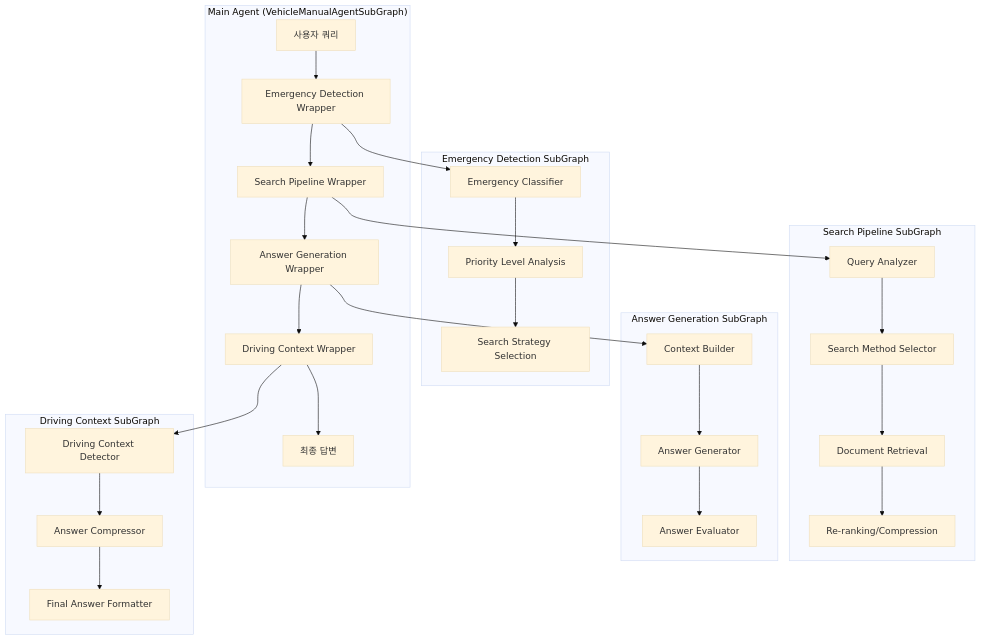
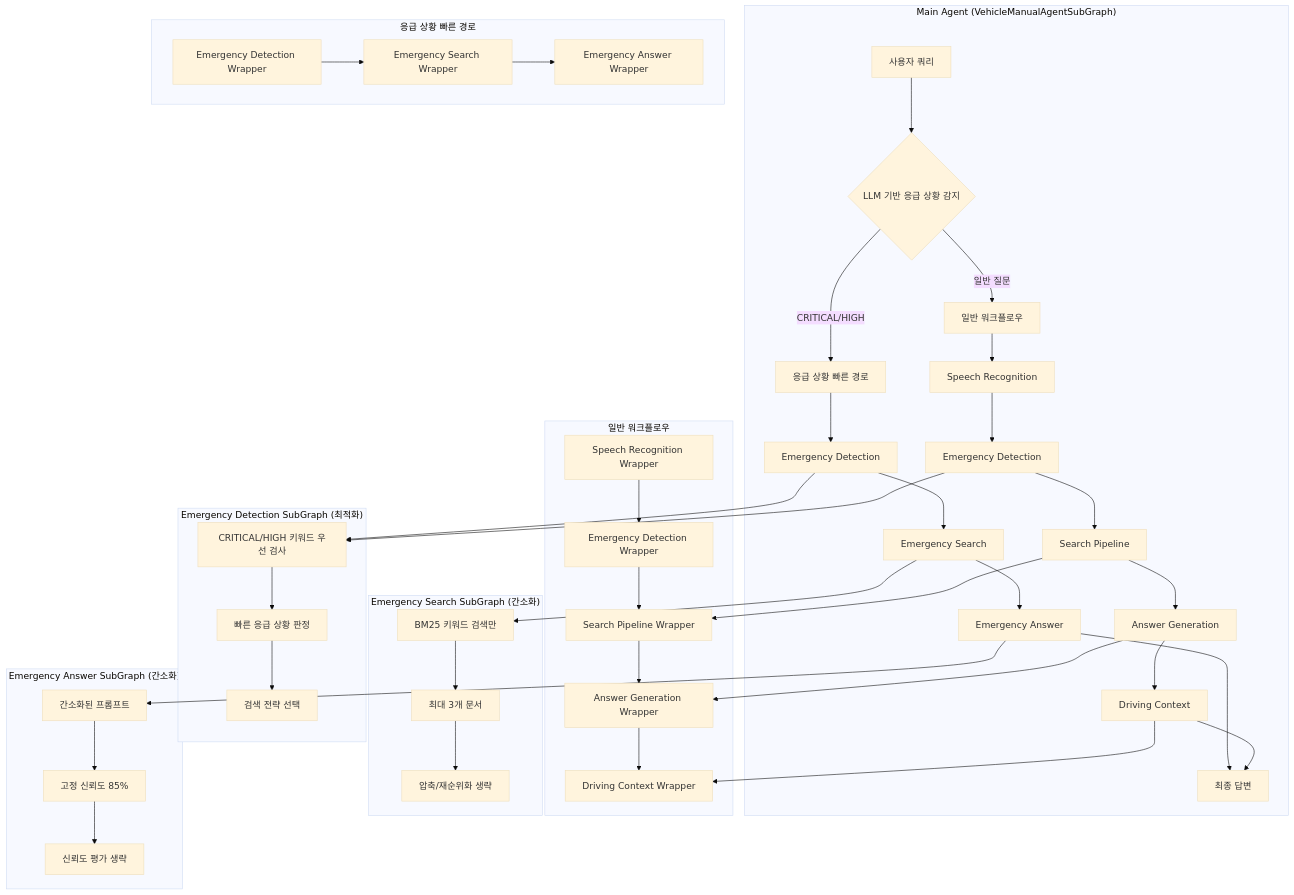
Before and after one commit to sungjikim/llm-project-vehicleManualAgent: the second of 10 diagrams in vehicle_agent_flow_diagram.md, drawn with Mermaid (base theme). The commit also changed other lines of this file and 7 other files, not shown here.

````diff
--- a/vehicle_agent_flow_diagram.md
+++ b/vehicle_agent_flow_diagram.md
@@ -29,44 +37,65 @@
 ```mermaid
 graph TD
     subgraph "Main Agent (VehicleManualAgentSubGraph)"
-        A[사용자 쿼리] --> B[Emergency Detection Wrapper]
-        B --> C[Search Pipeline Wrapper]
-        C --> D[Answer Generation Wrapper]
-        D --> E[Driving Context Wrapper]
-        E --> F[최종 답변]
+        A[사용자 쿼리] --> B{LLM 기반 응급 상황 감지}
+        B -->|CRITICAL/HIGH| C[응급 상황 빠른 경로]
+        B -->|일반 질문| D[일반 워크플로우]
+        
+        C --> C1[Emergency Detection]
+        C1 --> C2[Emergency Search]
+        C2 --> C3[Emergency Answer]
+        C3 --> F[최종 답변]
+        
+        D --> D1[Speech Recognition]
+        D1 --> D2[Emergency Detection]
+        D2 --> D3[Search Pipeline]
+        D3 --> D4[Answer Generation]
+        D4 --> D5[Driving Context]
+        D5 --> F
     end
     
-    subgraph "Emergency Detection SubGraph"
-        B1[Emergency Classifier]
-        B2[Priority Level Analysis]
-        B3[Search Strategy Selection]
-        B1 --> B2 --> B3
-    end
-    
-    subgraph "Search Pipeline SubGraph"
-        C1[Query Analyzer]
-        C2[Search Method Selector]
-        C3[Document Retrieval]
-        C4[Re-ranking/Compression]
-        C1 --> C2 --> C3 --> C4
-    end
-    
-    subgraph "Answer Generation SubGraph"
-        D1[Context Builder]
-        D2[Answer Generator]
-        D3[Answer Evaluator]
-        D1 --> D2 --> D3
-    end
-    
-    subgraph "Driving Context SubGraph"
-        E1[Driving Context Detector]
-        E2[Answer Compressor]
-        E3[Final Answer Formatter]
+    subgraph "응급 상황 빠른 경로"
+        E1[Emergency Detection Wrapper]
+        E2[Emergency Search Wrapper]
+        E3[Emergency Answer Wrapper]
         E1 --> E2 --> E3
     end
     
-    B --> B1
-    C --> C1
-    D --> D1
-    E --> E1
+    subgraph "일반 워크플로우"
+        F1[Speech Recognition Wrapper]
+        F2[Emergency Detection Wrapper]
+        F3[Search Pipeline Wrapper]
+        F4[Answer Generation Wrapper]
+        F5[Driving Context Wrapper]
+        F1 --> F2 --> F3 --> F4 --> F5
+    end
+    
+    subgraph "Emergency Detection SubGraph (최적화)"
+        G1[CRITICAL/HIGH 키워드 우선 검사]
+        G2[빠른 응급 상황 판정]
+        G3[검색 전략 선택]
+        G1 --> G2 --> G3
+    end
+    
+    subgraph "Emergency Search SubGraph (간소화)"
+        H1[BM25 키워드 검색만]
+        H2[최대 3개 문서]
+        H3[압축/재순위화 생략]
+        H1 --> H2 --> H3
+    end
+    
+    subgraph "Emergency Answer SubGraph (간소화)"
+        I1[간소화된 프롬프트]
+        I2[고정 신뢰도 85%]
+        I3[신뢰도 평가 생략]
+        I1 --> I2 --> I3
+    end
+    
+    C1 --> G1
+    C2 --> H1
+    C3 --> I1
+    D2 --> G1
+    D3 --> F3
+    D4 --> F4
+    D5 --> F5
 ```
````
